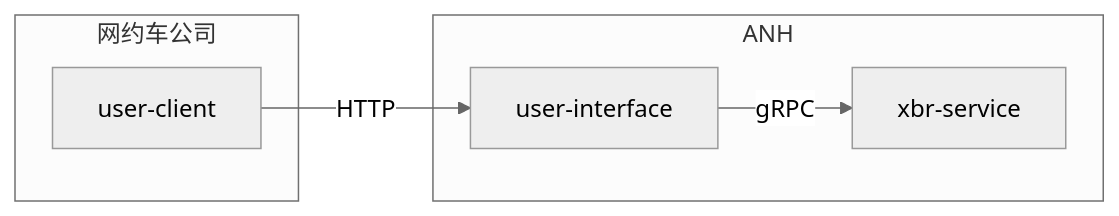
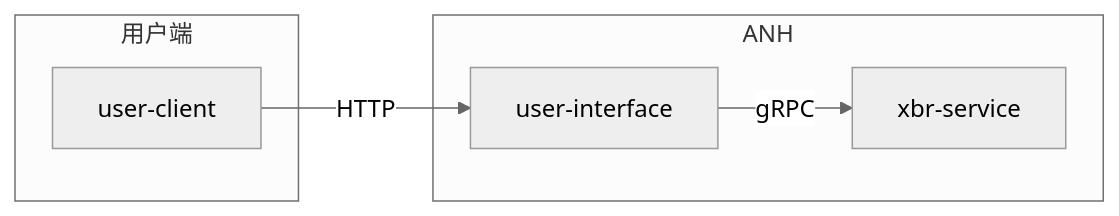
The diagram in final/anh/README.md (seedjyh/geektime-gocamp), drawn with Mermaid (neutral theme) before and after one commit. The commit also changed other lines of this file, not shown here.

````diff
--- a/final/anh/README.md
+++ b/final/anh/README.md
@@ -27,12 +27,12 @@
 ```mermaid
 graph LR
-    subgraph 网约车公司
+    subgraph 用户端
         user-client
     end
     subgraph ANH
     user-interface
     xbr-service
     end
     user-client --HTTP--> user-interface
     user-interface --gRPC--> xbr-service
 ```
````
